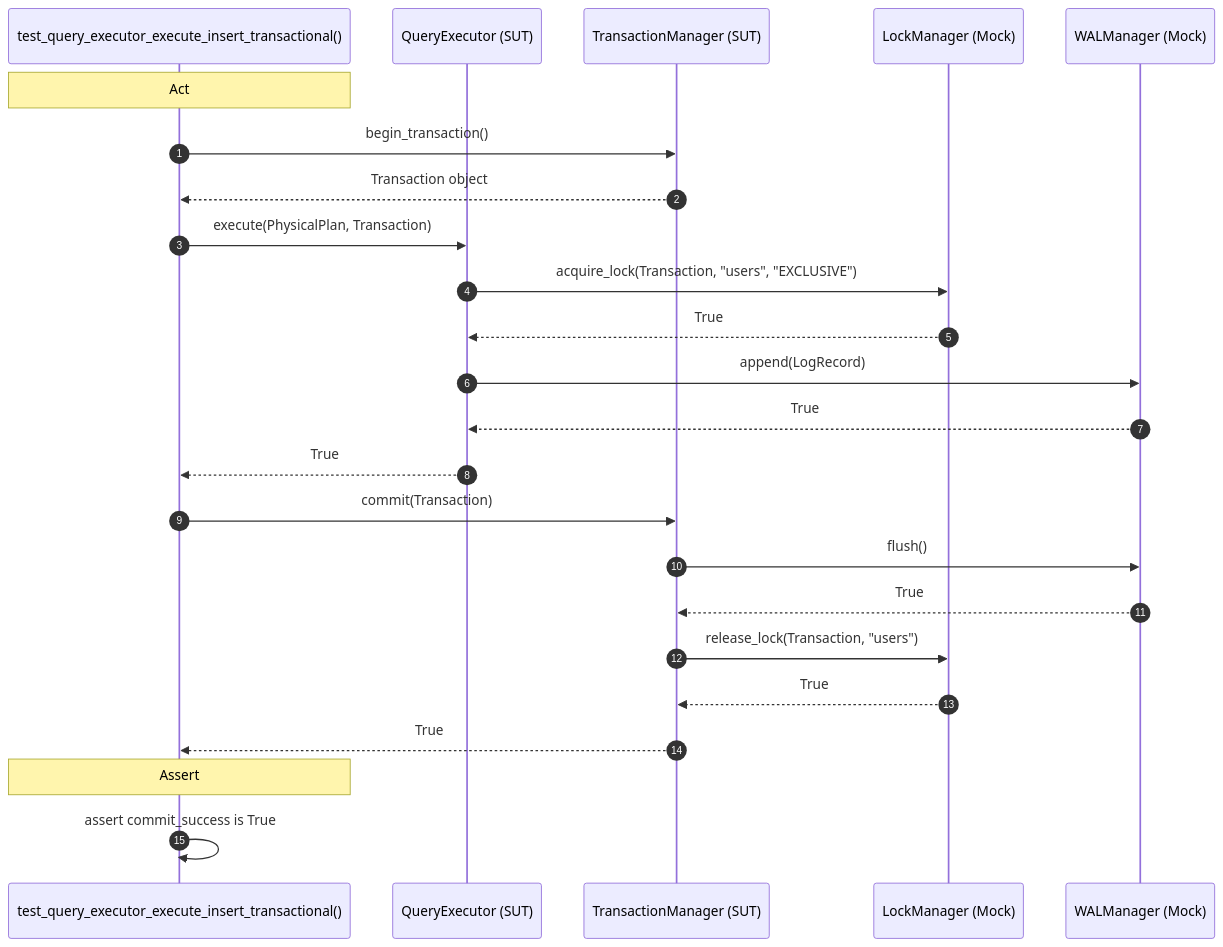
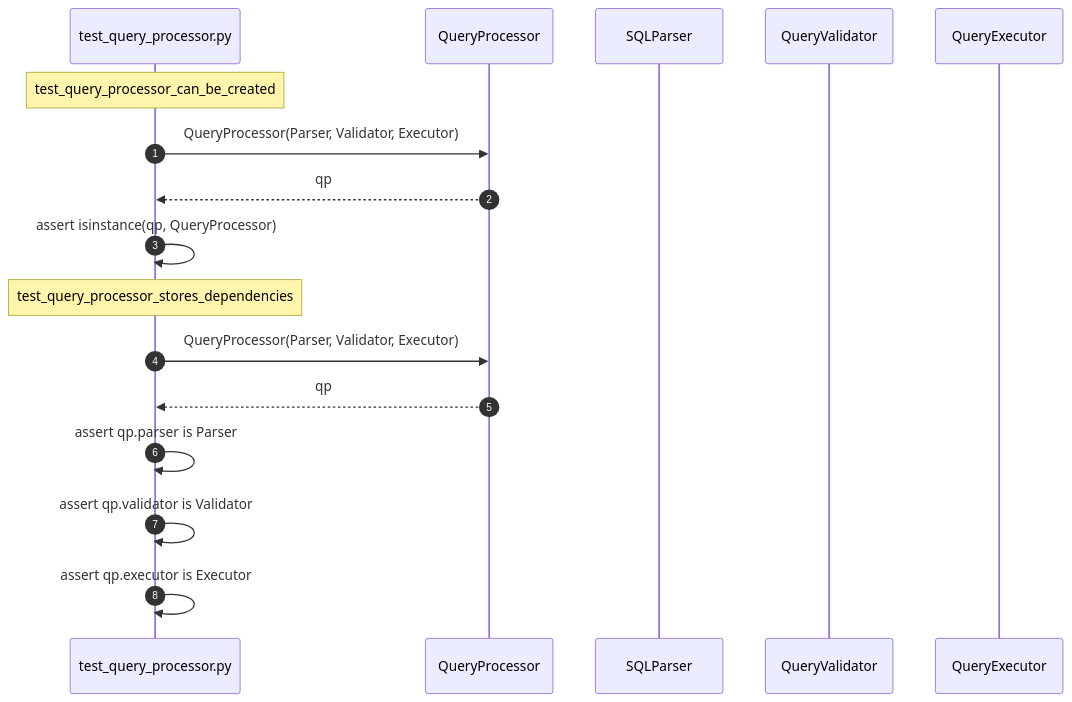
Before and after one commit to taitran501/DBMS: the eighth of 14 diagrams in diagrams/sequence/query_processing.md, drawn with Mermaid. The commit also changed other lines of this file and 5 other files, not shown here.

Commit message:
docs: udpate sequence unit test diagrams

````diff
--- a/diagrams/sequence/query_processing.md
+++ b/diagrams/sequence/query_processing.md
@@ -89,30 +374,21 @@
 ```mermaid
 sequenceDiagram
     autonumber
-    participant Test as test_query_executor_execute_insert_transactional()
-    participant Exec as QueryExecutor (SUT)
-    participant TxManager as TransactionManager (SUT)
-    participant LockManager as LockManager (Mock)
-    participant WALManager as WALManager (Mock)
+    participant Test as test_query_processor.py
+    participant SUT as QueryProcessor
+    participant Parser as SQLParser
+    participant Validator as QueryValidator
+    participant Executor as QueryExecutor
 
-    Note over Test: Act
-    Test->>TxManager: begin_transaction()
-    TxManager-->>Test: Transaction object
+    Note over Test: test_query_processor_can_be_created
+    Test->>SUT: QueryProcessor(Parser, Validator, Executor)
+    SUT-->>Test: qp
+    Test->>Test: assert isinstance(qp, QueryProcessor)
 
-    Test->>Exec: execute(PhysicalPlan, Transaction)
-    Exec->>LockManager: acquire_lock(Transaction, "users", "EXCLUSIVE")
-    LockManager-->>Exec: True
-    Exec->>WALManager: append(LogRecord)
-    WALManager-->>Exec: True
-    Exec-->>Test: True
-
-    Test->>TxManager: commit(Transaction)
-    TxManager->>WALManager: flush()
-    WALManager-->>TxManager: True
-    TxManager->>LockManager: release_lock(Transaction, "users")
-    LockManager-->>TxManager: True
-    TxManager-->>Test: True
-
-    Note over Test: Assert
-    Test->>Test: assert commit_success is True
+    Note over Test: test_query_processor_stores_dependencies
+    Test->>SUT: QueryProcessor(Parser, Validator, Executor)
+    SUT-->>Test: qp
+    Test->>Test: assert qp.parser is Parser
+    Test->>Test: assert qp.validator is Validator
+    Test->>Test: assert qp.executor is Executor
 ```
````
